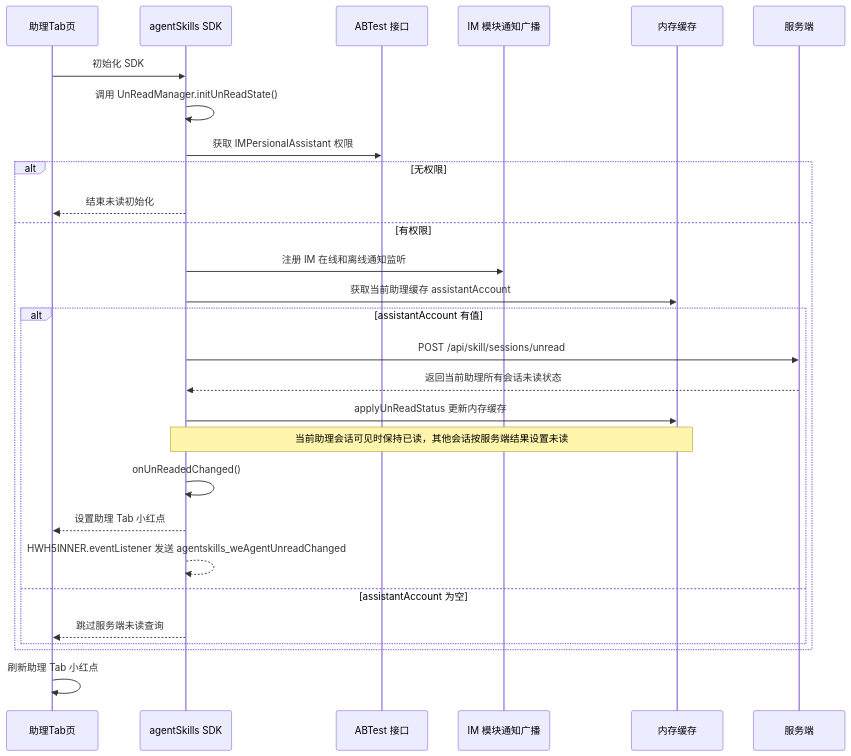
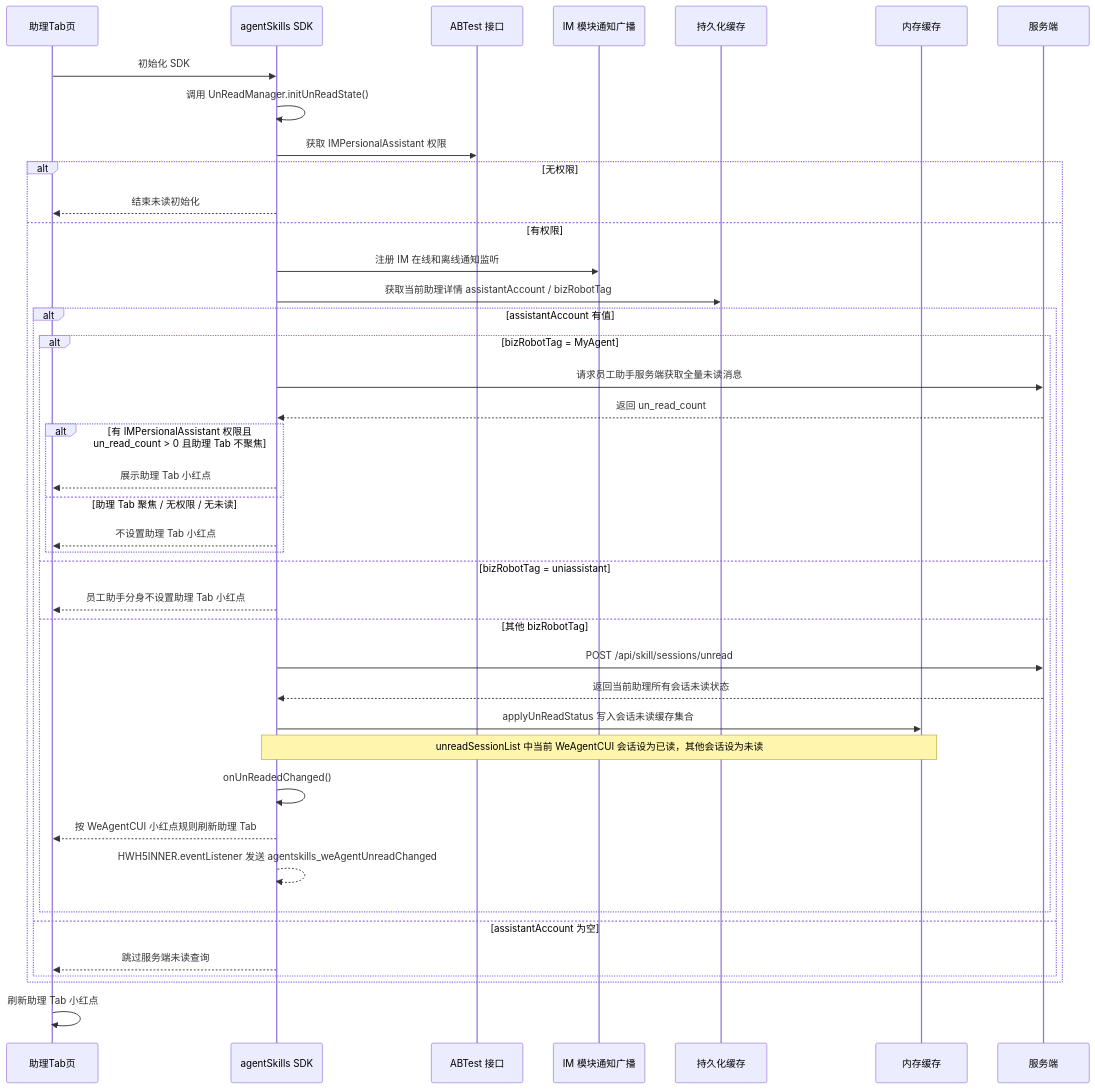
Before and after one commit to Abelsjcheng/skillSDK: the second of 7 diagrams in 2026-06-11-we-agent-tab-unread-red-dot-plan.md, drawn with Mermaid. The commit also changed other lines of this file, not shown here.

````diff
--- a/2026-06-11-we-agent-tab-unread-red-dot-plan.md
+++ b/2026-06-11-we-agent-tab-unread-red-dot-plan.md
@@ -94,31 +95,44 @@
 ```mermaid
 sequenceDiagram
     participant Tab as 助理Tab页
     participant SDK as agentSkills SDK
     participant AB as ABTest 接口
     participant IM as IM 模块通知广播
+    participant Persist as 持久化缓存
     participant Memory as 内存缓存
     participant Server as 服务端
 
     Tab->>SDK: 初始化 SDK
     SDK->>SDK: 调用 UnReadManager.initUnReadState()
     SDK->>AB: 获取 IMPersionalAssistant 权限
     alt 无权限
         SDK-->>Tab: 结束未读初始化
     else 有权限
         SDK->>IM: 注册 IM 在线和离线通知监听
-        SDK->>Memory: 获取当前助理缓存 assistantAccount
+        SDK->>Persist: 获取当前助理详情 assistantAccount / bizRobotTag
         alt assistantAccount 有值
-            SDK->>Server: POST /api/skill/sessions/unread
-            Server-->>SDK: 返回当前助理所有会话未读状态
-            SDK->>Memory: applyUnReadStatus 更新内存缓存
-            Note over SDK,Memory: 当前助理会话可见时保持已读，其他会话按服务端结果设置未读
-            SDK->>SDK: onUnReadedChanged()
-            SDK-->>Tab: 设置助理 Tab 小红点
-            SDK-->>SDK: HWH5INNER.eventListener 发送 agentskills_weAgentUnreadChanged
+            alt bizRobotTag = MyAgent
+                SDK->>Server: 请求员工助手服务端获取全量未读消息
+                Server-->>SDK: 返回 un_read_count
+                alt 有 IMPersionalAssistant 权限且 un_read_count > 0 且助理 Tab 不聚焦
+                    SDK-->>Tab: 展示助理 Tab 小红点
+                else 助理 Tab 聚焦 / 无权限 / 无未读
+                    SDK-->>Tab: 不设置助理 Tab 小红点
+                end
+            else bizRobotTag = uniassistant
+                SDK-->>Tab: 员工助手分身不设置助理 Tab 小红点
+            else 其他 bizRobotTag
+                SDK->>Server: POST /api/skill/sessions/unread
+                Server-->>SDK: 返回当前助理所有会话未读状态
+                SDK->>Memory: applyUnReadStatus 写入会话未读缓存集合
+                Note over SDK,Memory: unreadSessionList 中当前 WeAgentCUI 会话设为已读，其他会话设为未读
+                SDK->>SDK: onUnReadedChanged()
+                SDK-->>Tab: 按 WeAgentCUI 小红点规则刷新助理 Tab
+                SDK-->>SDK: HWH5INNER.eventListener 发送 agentskills_weAgentUnreadChanged
+            end
         else assistantAccount 为空
             SDK-->>Tab: 跳过服务端未读查询
         end
     end
     Tab->>Tab: 刷新助理 Tab 小红点
 ```
````
